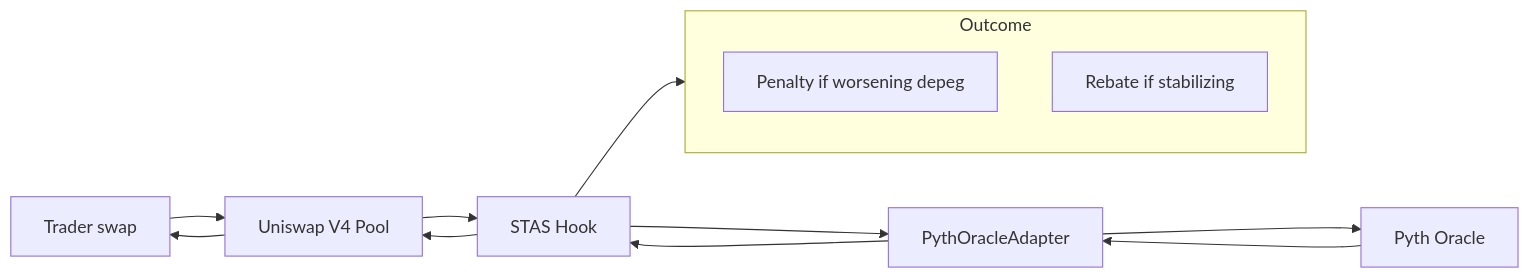
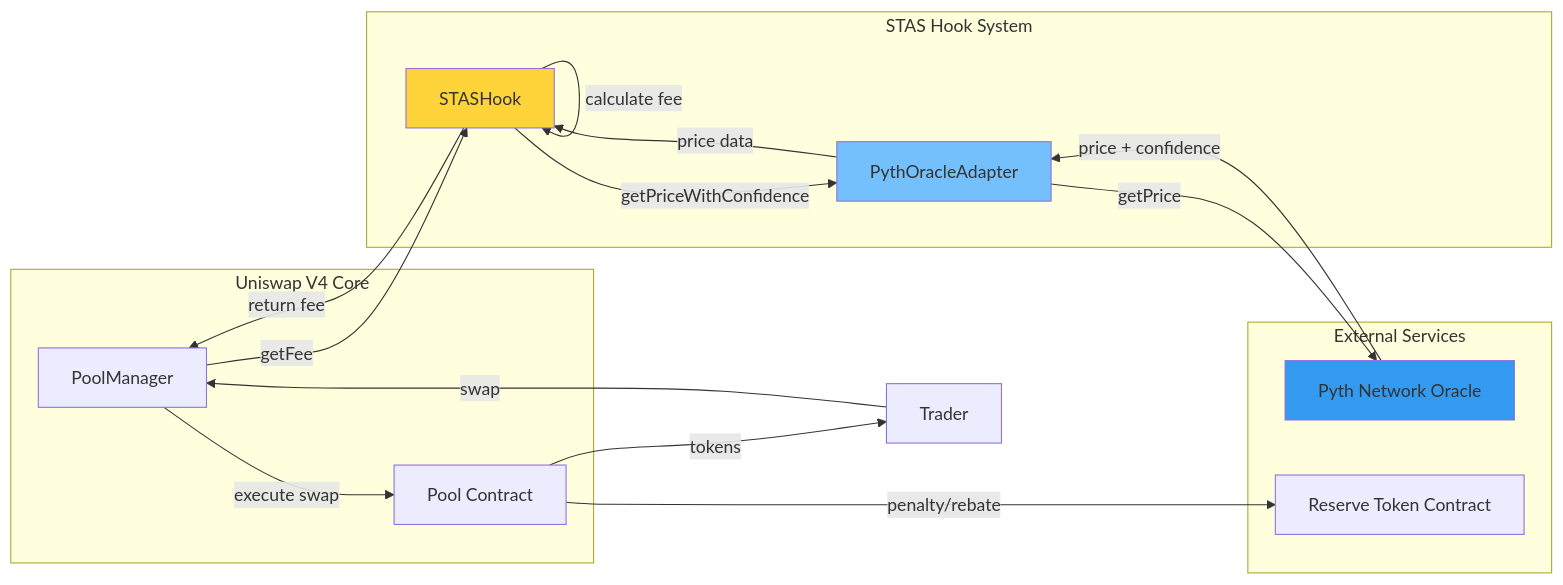
Before and after one commit to Ikpia/STAS-HOOK: the second of 4 diagrams in README.md, drawn with Mermaid. The commit also changed other lines of this file, not shown here.

Commit message:
Comprehensive README reorganization with diagrams, flows, and detailed sections

````diff
--- a/README.md
+++ b/README.md
@@ -29,16 +107,33 @@
 ```mermaid
 flowchart LR
-  Trader[Trader swap] --> Pool[Uniswap V4 Pool]
-  Pool --> Hook[STAS Hook]
-  Hook --> Adapter[PythOracleAdapter]
-  Adapter --> Pyth[Pyth Oracle]
-  Pyth --> Adapter
-  Adapter --> Hook
-  Hook --> Pool
-  Pool --> Trader
-  subgraph Outcome
-    Penalty[Penalty if worsening depeg]
-    Rebate[Rebate if stabilizing]
-  end
-  Hook --> Outcome
+    subgraph "Uniswap V4 Core"
+        PM[PoolManager]
+        Pool[Pool Contract]
+    end
+    
+    subgraph "STAS Hook System"
+        Hook[STASHook]
+        Adapter[PythOracleAdapter]
+    end
+    
+    subgraph "External Services"
+        Pyth[Pyth Network Oracle]
+        Reserve[Reserve Token Contract]
+    end
+    
+    Trader[Trader] -->|swap| PM
+    PM -->|getFee| Hook
+    Hook -->|getPriceWithConfidence| Adapter
+    Adapter -->|getPrice| Pyth
+    Pyth -->|price + confidence| Adapter
+    Adapter -->|price data| Hook
+    Hook -->|calculate fee| Hook
+    Hook -->|return fee| PM
+    PM -->|execute swap| Pool
+    Pool -->|penalty/rebate| Reserve
+    Pool -->|tokens| Trader
+    
+    style Hook fill:#ffd43b
+    style Adapter fill:#74c0fc
+    style Pyth fill:#339af0
 ```
````
